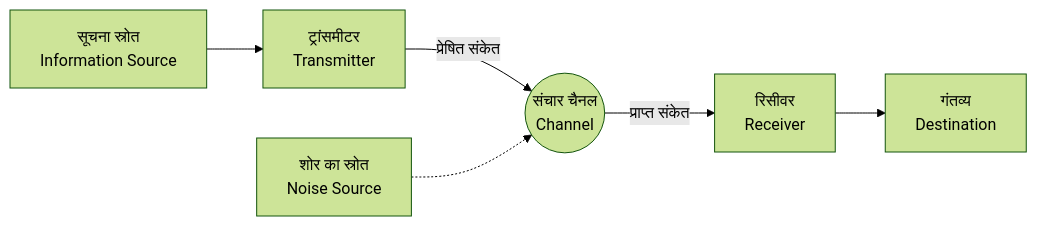
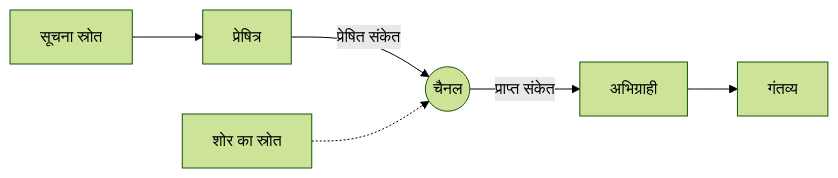
Before and after one commit to kenjinote/blog: the diagram in content/post/information-theory-shannon-entropy/index.hi.md, drawn with Mermaid (forest theme). The commit also changed other lines of this file and 8 other files, not shown here.

````diff
--- a/content/post/information-theory-shannon-entropy/index.hi.md
+++ b/content/post/information-theory-shannon-entropy/index.hi.md
@@ -29,8 +30,8 @@
 ```mermaid
 graph LR
-    A["सूचना स्रोत<br>Information Source"] --> B["ट्रांसमीटर<br>Transmitter"]
-    B -->|"प्रेषित संकेत"| C(("संचार चैनल<br>Channel"))
-    C -->|"प्राप्त संकेत"| D["रिसीवर<br>Receiver"]
-    D --> E["गंतव्य<br>Destination"]
-    N["शोर का स्रोत<br>Noise Source"] -.-> C
+    A["सूचना स्रोत"] --> B["प्रेषित्र"]
+    B -->|"प्रेषित संकेत"| C(("चैनल"))
+    C -->|"प्राप्त संकेत"| D["अभिग्राही"]
+    D --> E["गंतव्य"]
+    N["शोर का स्रोत"] -.-> C
 ```
````
